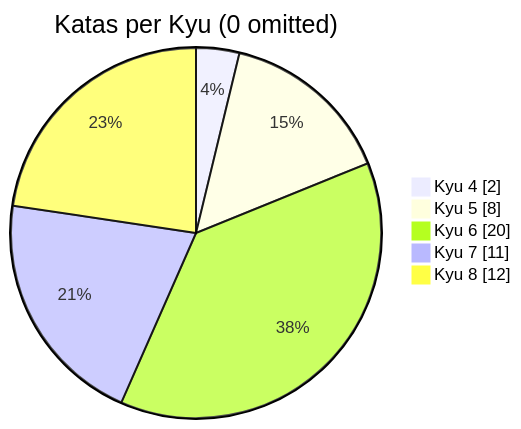
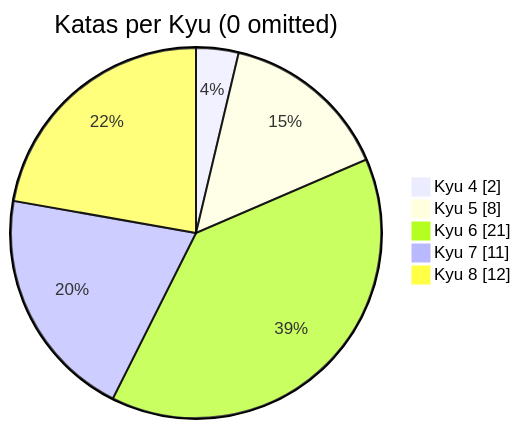
One commit to MauricioLudwig/codewars-typescript changed the diagram in README.md. Above: the diagram before and after it, drawn with Mermaid. The commit also changed other lines of this file, not shown here.

````diff
--- a/README.md
+++ b/README.md
@@ -20,9 +20,9 @@
 ```mermaid
 pie showData
     title Katas per Kyu (0 omitted)
 	"Kyu 4": 2
 	"Kyu 5": 8
-	"Kyu 6": 20
+	"Kyu 6": 21
 	"Kyu 7": 11
 	"Kyu 8": 12
 ```
````
